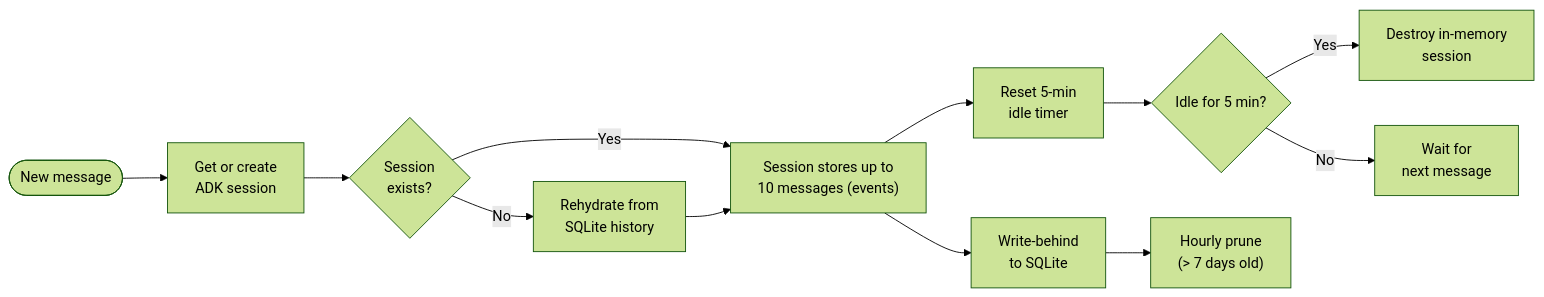
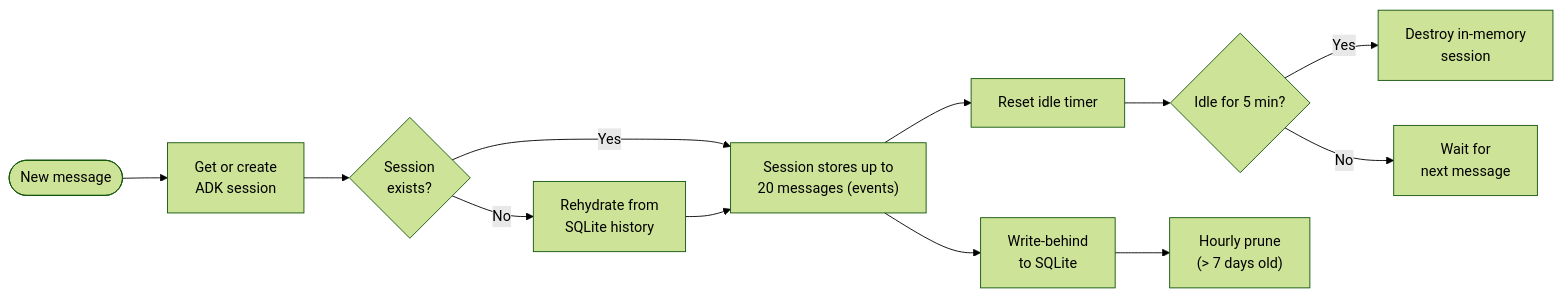
Before and after one commit to AlaskanTuna/rokabot: the fifth of 9 diagrams in README.md, drawn with Mermaid (forest theme). The commit also changed other lines of this file and 1 other file, not shown here.

Commit message:
docs: add config.yml comments and update README for new memory architecture

````diff
--- a/README.md
+++ b/README.md
@@ -152,14 +155,14 @@
 ```mermaid
 flowchart LR
     Msg([New message]) --> Get["Get or create\nADK session"]
     Get --> Cold{Session\nexists?}
     Cold -->|No| Hydrate["Rehydrate from\nSQLite history"]
     Cold -->|Yes| Window
-    Hydrate --> Window["Session stores up to\n10 messages (events)"]
-    Window --> Timer["Reset 5-min\nidle timer"]
+    Hydrate --> Window["Session stores up to\n20 messages (events)"]
+    Window --> Timer["Reset idle timer"]
     Timer --> Idle{Idle for 5 min?}
     Idle -->|Yes| Destroy["Destroy in-memory\nsession"]
     Idle -->|No| Wait["Wait for\nnext message"]
     Window --> Persist["Write-behind\nto SQLite"]
     Persist --> Prune["Hourly prune\n(> 7 days old)"]
 ```
````
